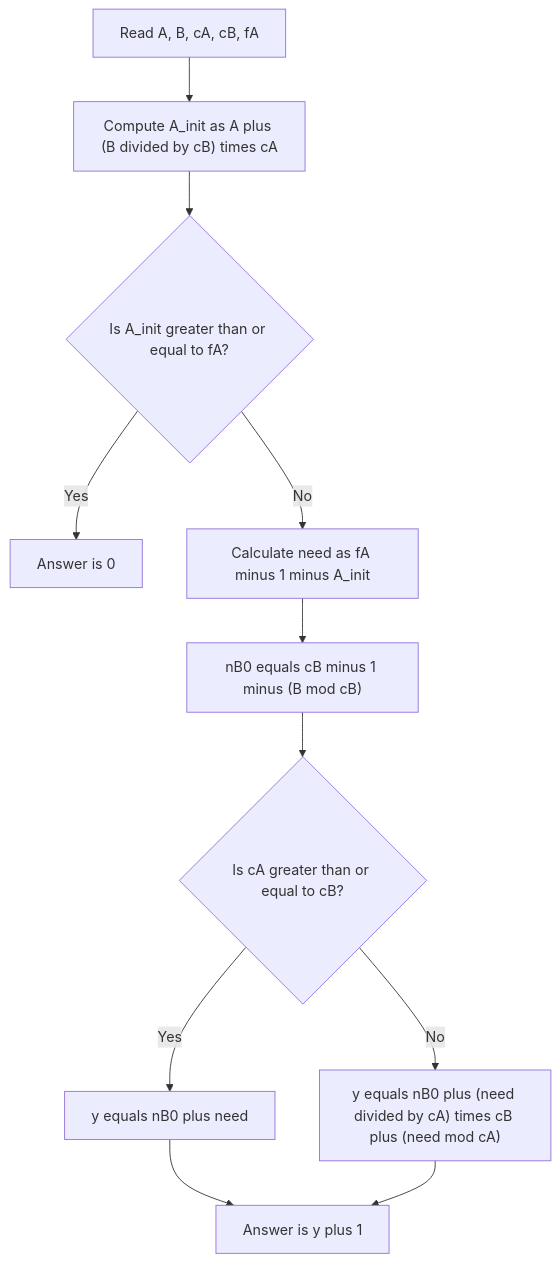
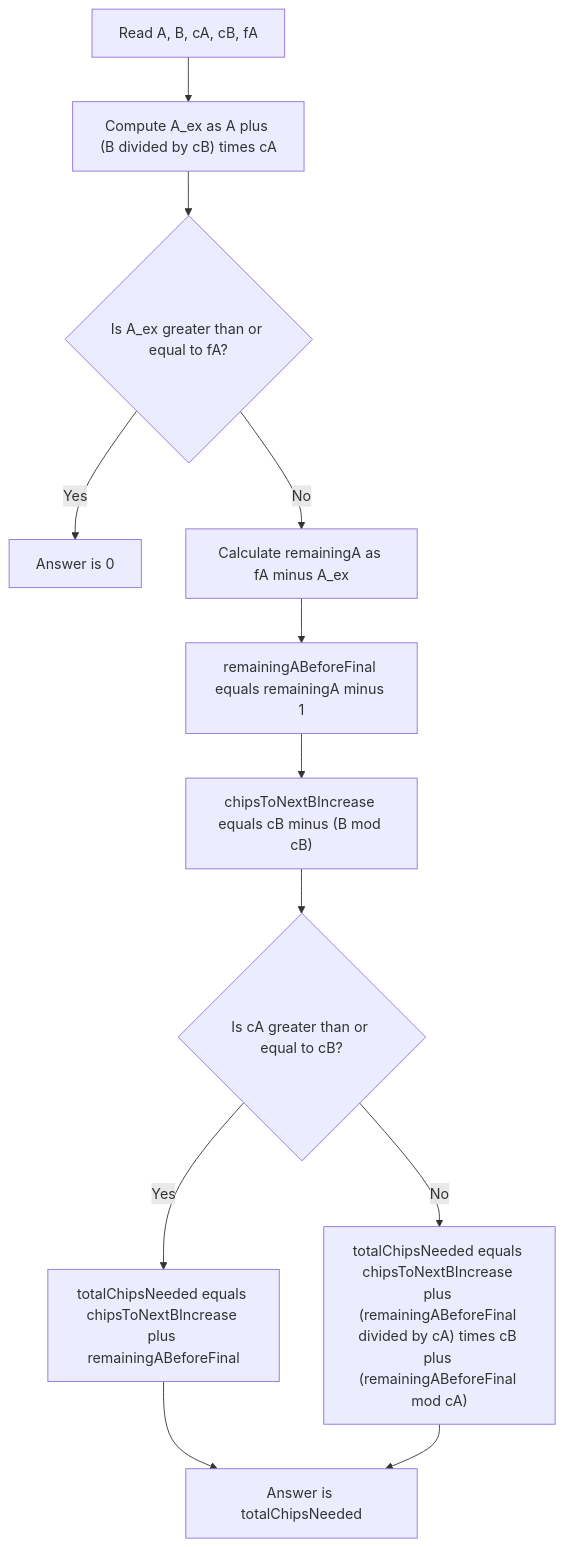
The diagram in prob1_bronze_season26contest1/explanation.md (illidan333/usaco), drawn with Mermaid before and after one commit. The commit also changed other lines of this file and 46 other files, not shown here.

````diff
--- a/prob1_bronze_season26contest1/explanation.md
+++ b/prob1_bronze_season26contest1/explanation.md
@@ -63,13 +79,14 @@
 ```mermaid
 flowchart TD
-    S[Read A, B, cA, cB, fA] --> C["Compute A_init as A plus (B divided by cB) times cA"]
-    C --> D{Is A_init greater than or equal to fA?}
+    S[Read A, B, cA, cB, fA] --> C["Compute A_ex as A plus (B divided by cB) times cA"]
+    C --> D{Is A_ex greater than or equal to fA?}
     D -- Yes --> Z[Answer is 0]
-    D -- No --> E["Calculate need as fA minus 1 minus A_init"]
-    E --> F["nB0 equals cB minus 1 minus (B mod cB)"]
+    D -- No --> E["Calculate remainingA as fA minus A_ex"]
+    E --> E2["remainingABeforeFinal equals remainingA minus 1"]
+    E2 --> F["chipsToNextBIncrease equals cB minus (B mod cB)"]
     F --> G{Is cA greater than or equal to cB?}
-    G -- Yes --> H["y equals nB0 plus need"]
-    G -- No --> I["y equals nB0 plus (need divided by cA) times cB plus (need mod cA)"]
-    H --> J[Answer is y plus 1]
+    G -- Yes --> H["totalChipsNeeded equals chipsToNextBIncrease plus remainingABeforeFinal"]
+    G -- No --> I["totalChipsNeeded equals chipsToNextBIncrease plus (remainingABeforeFinal divided by cA) times cB plus (remainingABeforeFinal mod cA)"]
+    H --> J[Answer is totalChipsNeeded]
     I --> J
 ```
````
